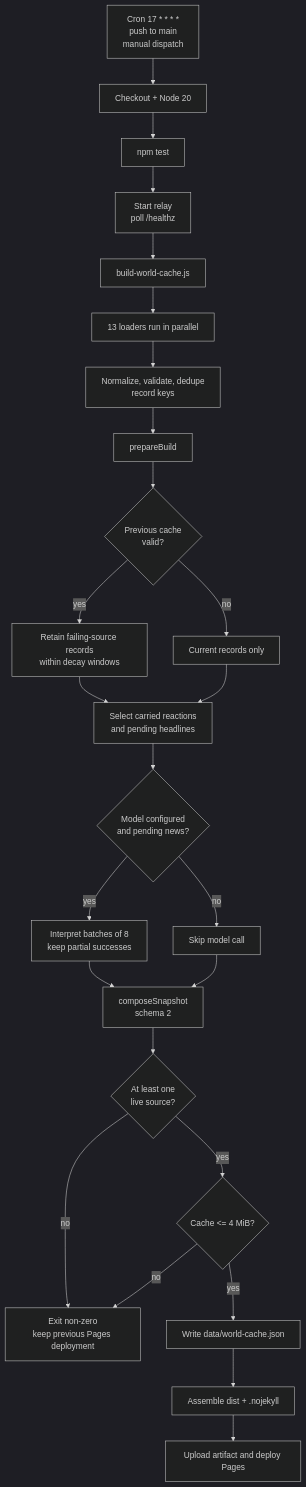
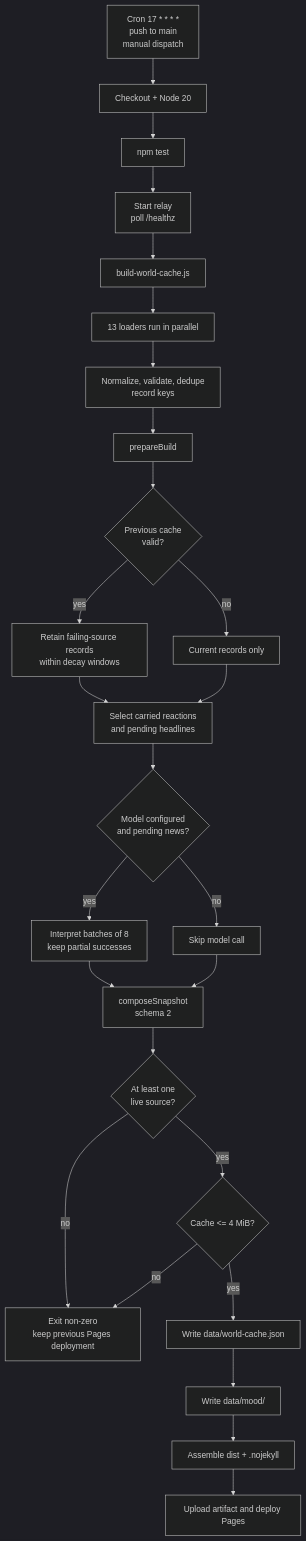
Before and after one commit to slayyyyer/murmur: the diagram in docs/diagrams/build-pipeline.mmd, drawn with Mermaid (dark theme). The commit also changed 13 other files, not shown here.

First line of the commit message:
Add hourly mood history and chart

```diff
--- a/docs/diagrams/build-pipeline.mmd
+++ b/docs/diagrams/build-pipeline.mmd
@@ -1,25 +1,26 @@
 flowchart TD
   A["Cron 17 * * * *<br/>push to main<br/>manual dispatch"] --> B["Checkout + Node 20"]
   B --> C["npm test"]
   C --> D["Start relay<br/>poll /healthz"]
   D --> E["build-world-cache.js"]
   E --> F["13 loaders run in parallel"]
   F --> G["Normalize, validate, dedupe<br/>record keys"]
   G --> H["prepareBuild"]
   H --> I{"Previous cache<br/>valid?"}
   I -->|"yes"| J["Retain failing-source records<br/>within decay windows"]
   I -->|"no"| K["Current records only"]
   J --> L["Select carried reactions<br/>and pending headlines"]
   K --> L
   L --> M{"Model configured<br/>and pending news?"}
   M -->|"yes"| N["Interpret batches of 8<br/>keep partial successes"]
   M -->|"no"| O["Skip model call"]
   N --> P["composeSnapshot<br/>schema 2"]
   O --> P
   P --> Q{"At least one<br/>live source?"}
   Q -->|"no"| R["Exit non-zero<br/>keep previous Pages deployment"]
   Q -->|"yes"| S{"Cache <= 4 MiB?"}
   S -->|"no"| R
   S -->|"yes"| T["Write data/world-cache.json"]
-  T --> U["Assemble dist + .nojekyll"]
+  T --> T2["Write data/mood/"]
+  T2 --> U["Assemble dist + .nojekyll"]
   U --> V["Upload artifact and deploy Pages"]
```
